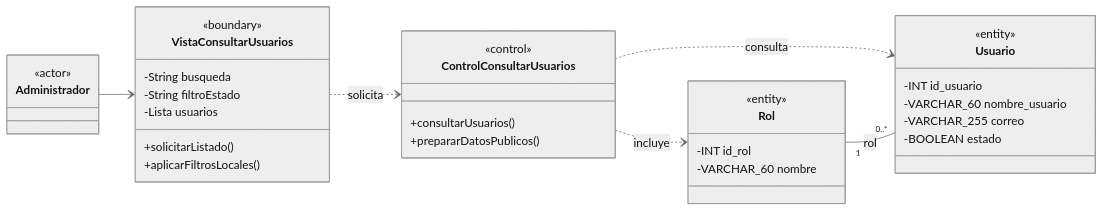
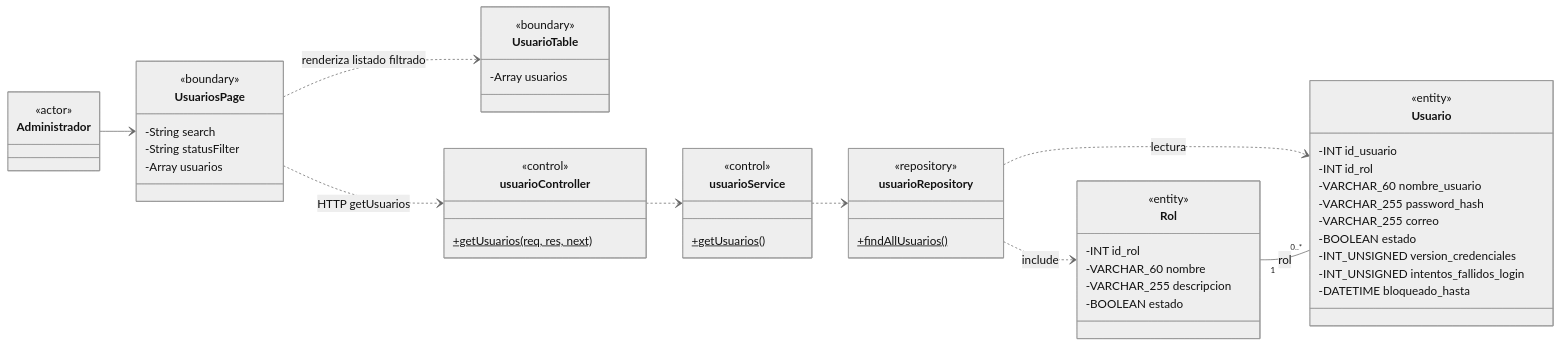
The fourth of 34 diagrams in docs/ai/analisis-clases-academico.md (CreepyBowDev/cadefar-inventory-system), drawn with Mermaid (neutral theme) before and after one commit. The commit also changed other lines of this file, not shown here.

````diff
--- a/docs/ai/analisis-clases-academico.md
+++ b/docs/ai/analisis-clases-academico.md
@@ -281,35 +371,54 @@
 ```mermaid
 classDiagram
     direction LR
     class Administrador { <<actor>> }
-    class VistaConsultarUsuarios {
+    class UsuariosPage {
         <<boundary>>
-        -String busqueda
-        -String filtroEstado
-        -Lista usuarios
-        +solicitarListado()
-        +aplicarFiltrosLocales()
+        -String search
+        -String statusFilter
+        -Array usuarios
     }
-    class ControlConsultarUsuarios {
+    class UsuarioTable {
+        <<boundary>>
+        -Array usuarios
+    }
+    class usuarioController {
         <<control>>
-        +consultarUsuarios()
-        +prepararDatosPublicos()
+        +getUsuarios(req, res, next)$
+    }
+    class usuarioService {
+        <<control>>
+        +getUsuarios()$
+    }
+    class usuarioRepository {
+        <<repository>>
+        +findAllUsuarios()$
     }
     class Usuario {
         <<entity>>
         -INT id_usuario
+        -INT id_rol
         -VARCHAR_60 nombre_usuario
+        -VARCHAR_255 password_hash
         -VARCHAR_255 correo
         -BOOLEAN estado
+        -INT_UNSIGNED version_credenciales
+        -INT_UNSIGNED intentos_fallidos_login
+        -DATETIME bloqueado_hasta
     }
     class Rol {
         <<entity>>
         -INT id_rol
         -VARCHAR_60 nombre
+        -VARCHAR_255 descripcion
+        -BOOLEAN estado
     }
-    Administrador --> VistaConsultarUsuarios
-    VistaConsultarUsuarios ..> ControlConsultarUsuarios : solicita
-    ControlConsultarUsuarios ..> Usuario : consulta
-    ControlConsultarUsuarios ..> Rol : incluye
+    Administrador --> UsuariosPage
+    UsuariosPage ..> UsuarioTable : renderiza listado filtrado
+    UsuariosPage ..> usuarioController : HTTP getUsuarios
+    usuarioController ..> usuarioService
+    usuarioService ..> usuarioRepository
+    usuarioRepository ..> Usuario : lectura
+    usuarioRepository ..> Rol : include
     Rol "1" -- "0..*" Usuario : rol
 ```
````
